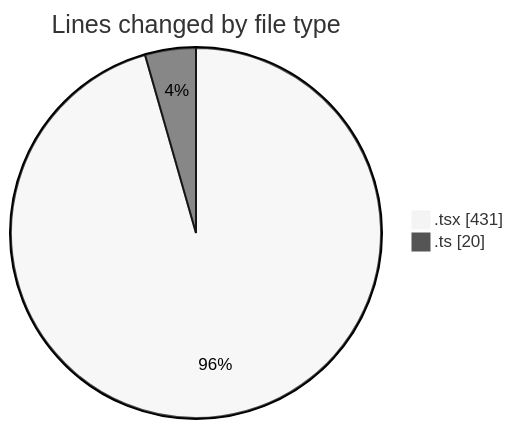
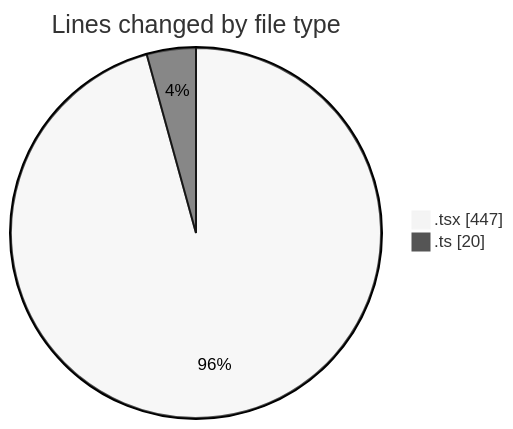
One commit to julien-gomy/code-tracking changed the first of 2 diagrams in 2025-10-14/eventscop-frontend-guide__workspace_/README.md. Above: the diagram before and after it, drawn with Mermaid (neutral theme). The commit also changed other lines of this file and 1 other file, not shown here.

````diff
--- a/2025-10-14/eventscop-frontend-guide__workspace_/README.md
+++ b/2025-10-14/eventscop-frontend-guide__workspace_/README.md
@@ -25,6 +25,6 @@
 ```mermaid
 pie showData
 title Lines changed by file type
-".tsx" : 431
+".tsx" : 447
 ".ts" : 20
 ```
````
